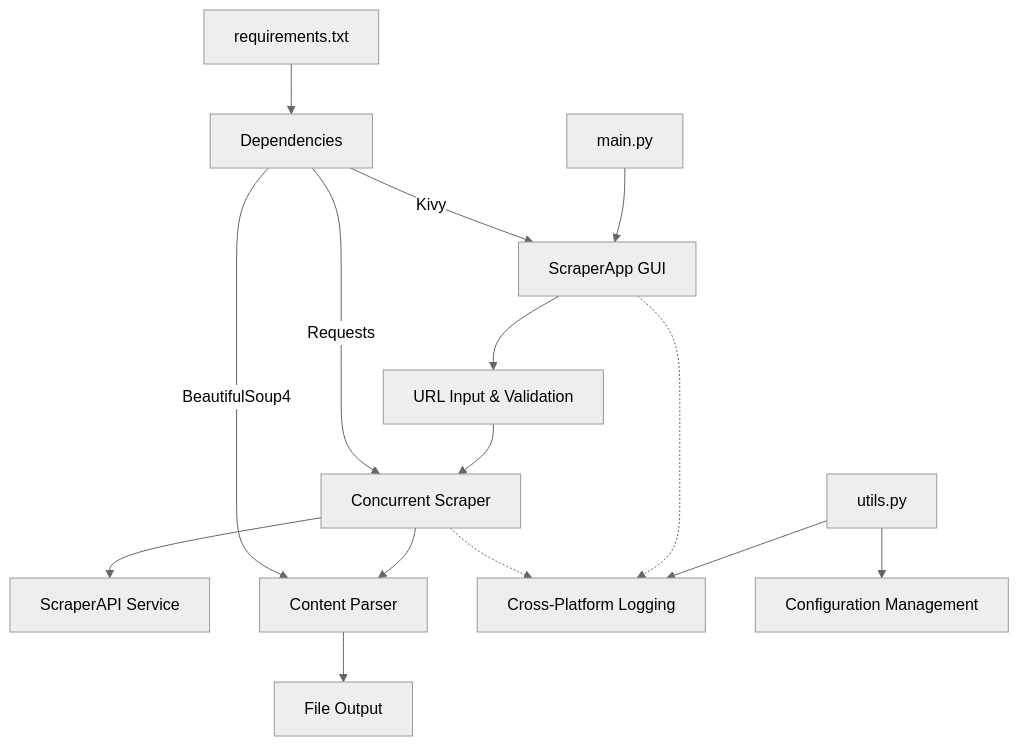
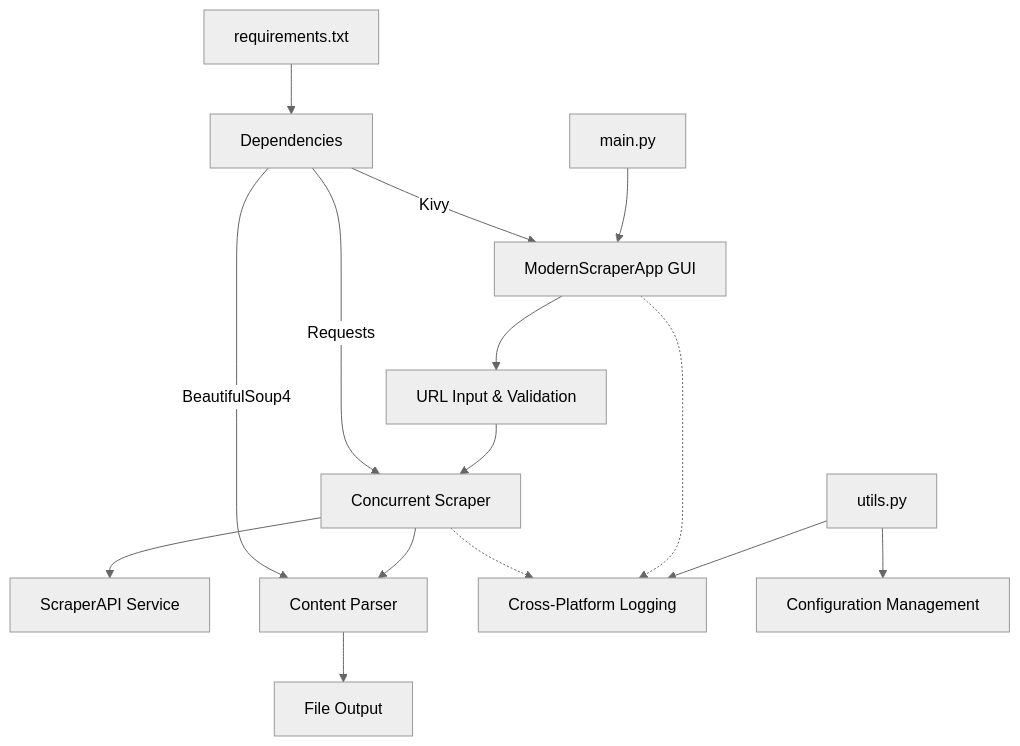
The first of 2 diagrams in README.md (JackSmack1971/scraperapi-main), drawn with Mermaid (neutral theme) before and after one commit. The commit also changed 4 other files, not shown here.

Commit message:
test: add modern scraper app tests

````diff
--- a/README.md
+++ b/README.md
@@ -22,19 +22,19 @@
 ```mermaid
 flowchart TD
-    A[main.py] --> B[ScraperApp GUI]
+    A[main.py] --> B[ModernScraperApp GUI]
     B --> C[URL Input & Validation]
     C --> D[Concurrent Scraper]
     D --> E[ScraperAPI Service]
     D --> F[Content Parser]
     F --> G[File Output]
     H[utils.py] --> I[Cross-Platform Logging]
     H --> J[Configuration Management]
     
     B -.-> I
     D -.-> I
     
     K[requirements.txt] --> L[Dependencies]
     L --> |Kivy| B
     L --> |Requests| D
     L --> |BeautifulSoup4| F
 ```
````
